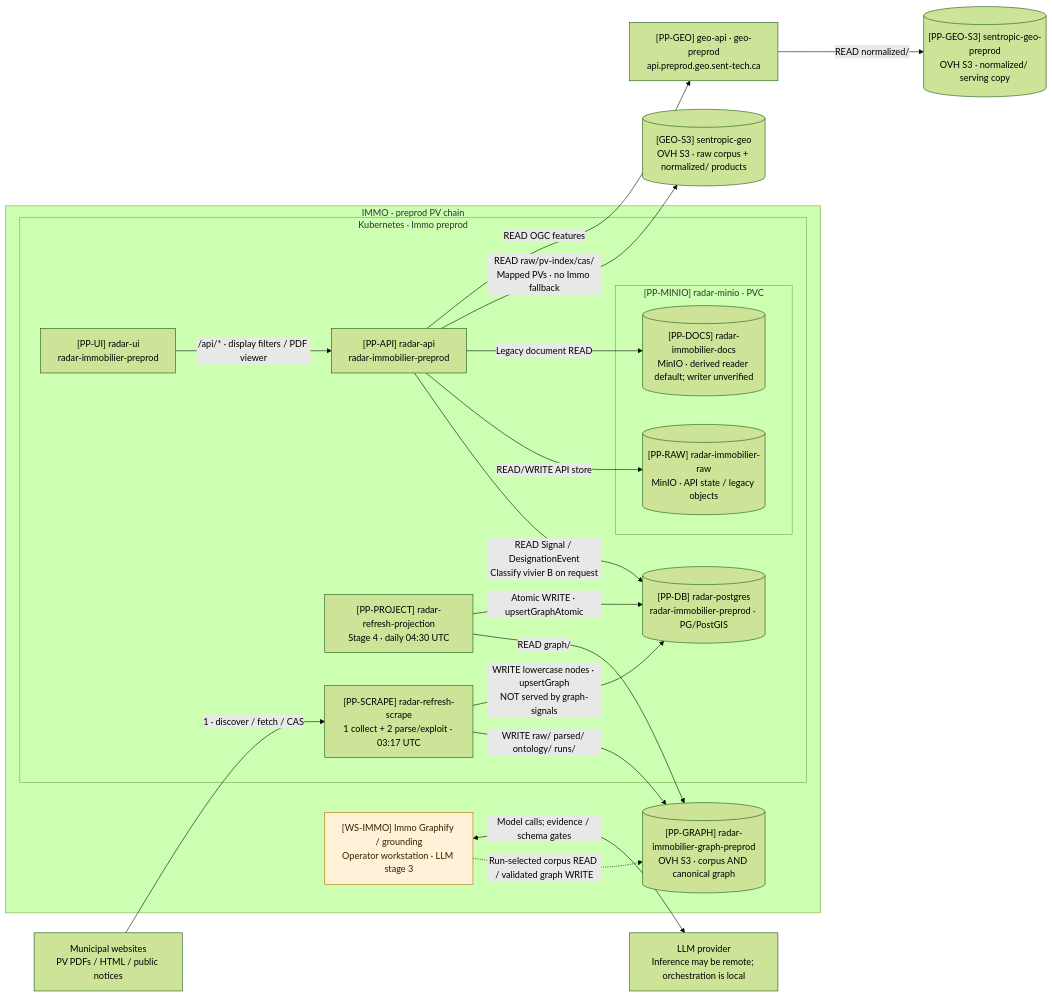
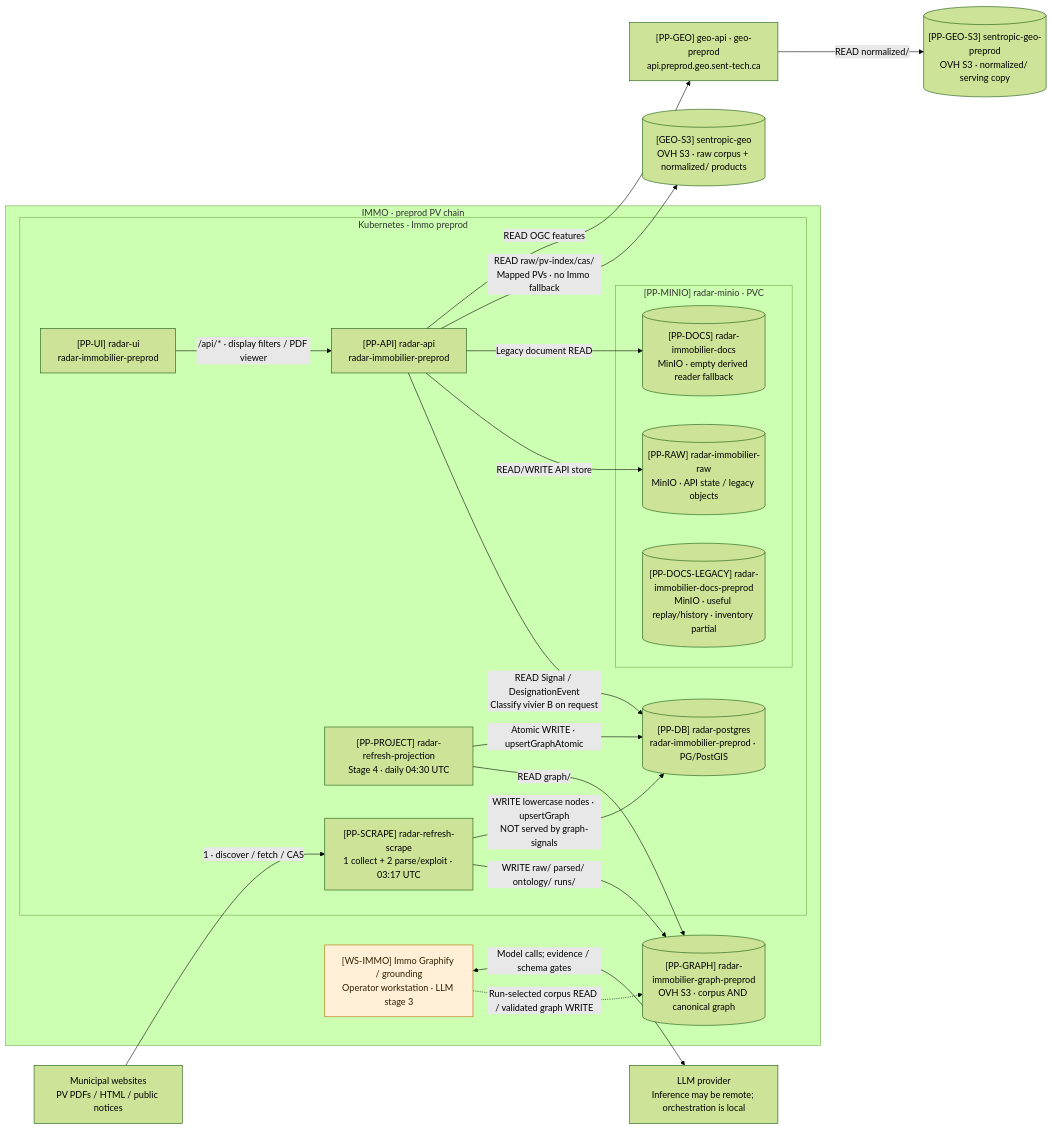
One commit to rhanka/radar-immobilier changed the second of 4 diagrams in docs/architecture.md. Above: the diagram before and after it, drawn with Mermaid (forest theme). The commit also changed other lines of this file and 8 other files, not shown here.

Commit message:
docs(architecture): distinguish retained MinIO history

````diff
--- a/docs/architecture.md
+++ b/docs/architecture.md
@@ -123,39 +124,40 @@
 ```mermaid
 flowchart LR
   websites["Municipal websites<br/>PV PDFs / HTML / public notices"]
   provider["LLM provider<br/>Inference may be remote; orchestration is local"]
   subgraph immo["IMMO · preprod PV chain"]
   subgraph deterministic["Kubernetes · Immo preprod"]
     PP_SCRAPE["[PP-SCRAPE] radar-refresh-scrape<br/>1 collect + 2 parse/exploit · 03:17 UTC"]
     PP_PROJECT["[PP-PROJECT] radar-refresh-projection<br/>Stage 4 · daily 04:30 UTC"]
     PP_DB[("[PP-DB] radar-postgres<br/>radar-immobilier-preprod · PG/PostGIS")]
     PP_API["[PP-API] radar-api<br/>radar-immobilier-preprod"]
     PP_UI["[PP-UI] radar-ui<br/>radar-immobilier-preprod"]
     subgraph ppminio["[PP-MINIO] radar-minio · PVC"]
       PP_RAW[("[PP-RAW] radar-immobilier-raw<br/>MinIO · API state / legacy objects")]
-      PP_DOCS[("[PP-DOCS] radar-immobilier-docs<br/>MinIO · derived reader default; writer unverified")]
+      PP_DOCS[("[PP-DOCS] radar-immobilier-docs<br/>MinIO · empty derived reader fallback")]
+      PP_DOCS_LEGACY[("[PP-DOCS-LEGACY] radar-immobilier-docs-preprod<br/>MinIO · useful replay/history · inventory partial")]
     end
   end
   WS_IMMO["[WS-IMMO] Immo Graphify / grounding<br/>Operator workstation · LLM stage 3"]
   PP_GRAPH[("[PP-GRAPH] radar-immobilier-graph-preprod<br/>OVH S3 · corpus AND canonical graph")]
   end
   PP_GEO["[PP-GEO] geo-api · geo-preprod<br/>api.preprod.geo.sent-tech.ca"]
   PP_GEO_S3[("[PP-GEO-S3] sentropic-geo-preprod<br/>OVH S3 · normalized/ serving copy")]
   GEO_S3[("[GEO-S3] sentropic-geo<br/>OVH S3 · raw corpus + normalized/ products")]
   websites -->|"1 · discover / fetch / CAS"| PP_SCRAPE
   PP_SCRAPE -->|"WRITE raw/ parsed/ ontology/ runs/"| PP_GRAPH
   PP_SCRAPE -->|"WRITE lowercase nodes · upsertGraph<br/>NOT served by graph-signals"| PP_DB
   WS_IMMO -.->|"Run-selected corpus READ / validated graph WRITE"| PP_GRAPH
   WS_IMMO <-->|"Model calls; evidence / schema gates"| provider
   PP_PROJECT -->|"READ graph/"| PP_GRAPH
   PP_PROJECT -->|"Atomic WRITE · upsertGraphAtomic"| PP_DB
   PP_API -->|"READ Signal / DesignationEvent<br/>Classify vivier B on request"| PP_DB
   PP_UI -->|"/api/* · display filters / PDF viewer"| PP_API
   PP_API -->|"READ/WRITE API store"| PP_RAW
   PP_API -->|"Legacy document READ"| PP_DOCS
   PP_API -->|"READ raw/pv-index/cas/<br/>Mapped PVs · no Immo fallback"| GEO_S3
   PP_API -->|"READ OGC features"| PP_GEO
   PP_GEO -->|"READ normalized/"| PP_GEO_S3
   classDef local fill:#fff0d7,stroke:#ad6a00,color:#332000;
   class WS_IMMO local;
 ```
````
